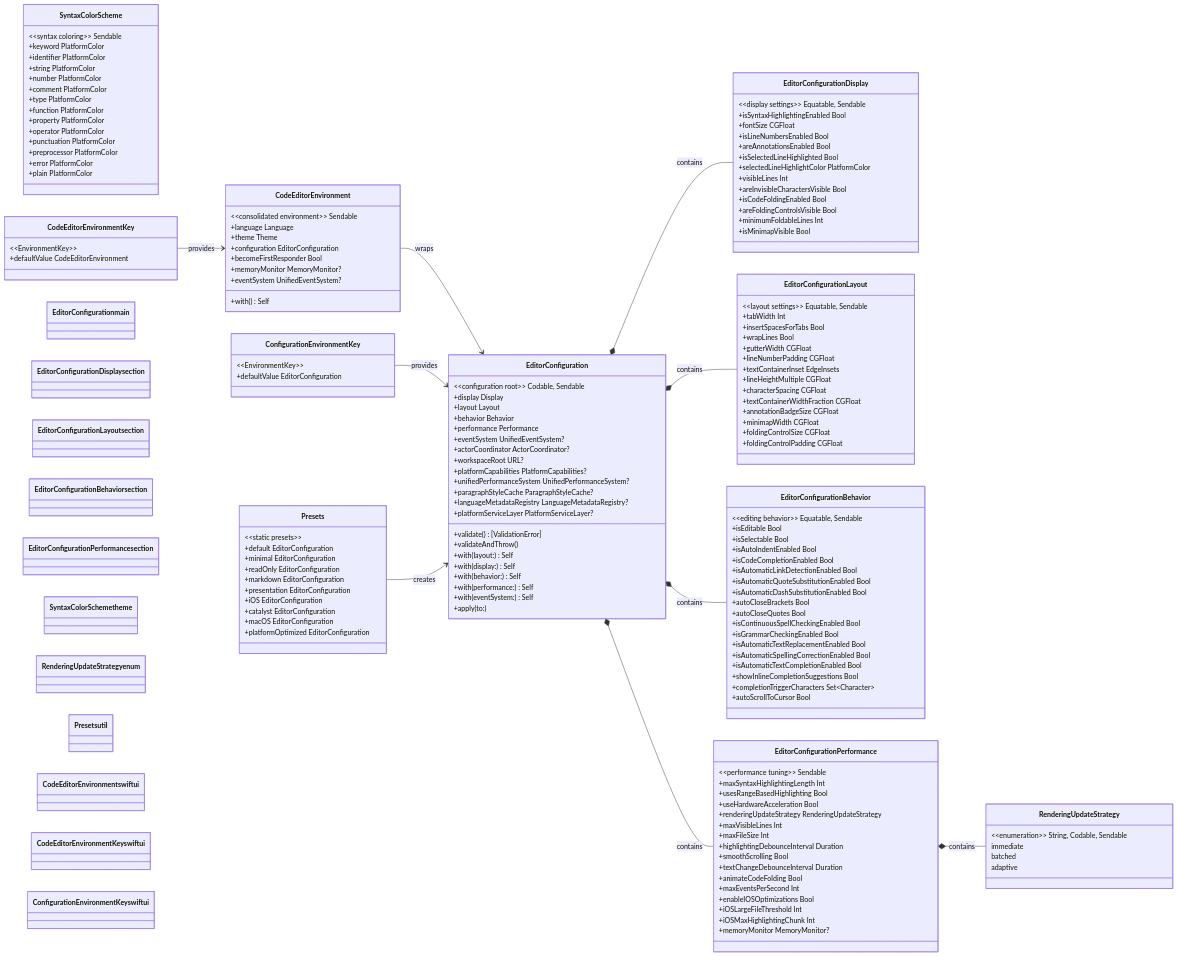
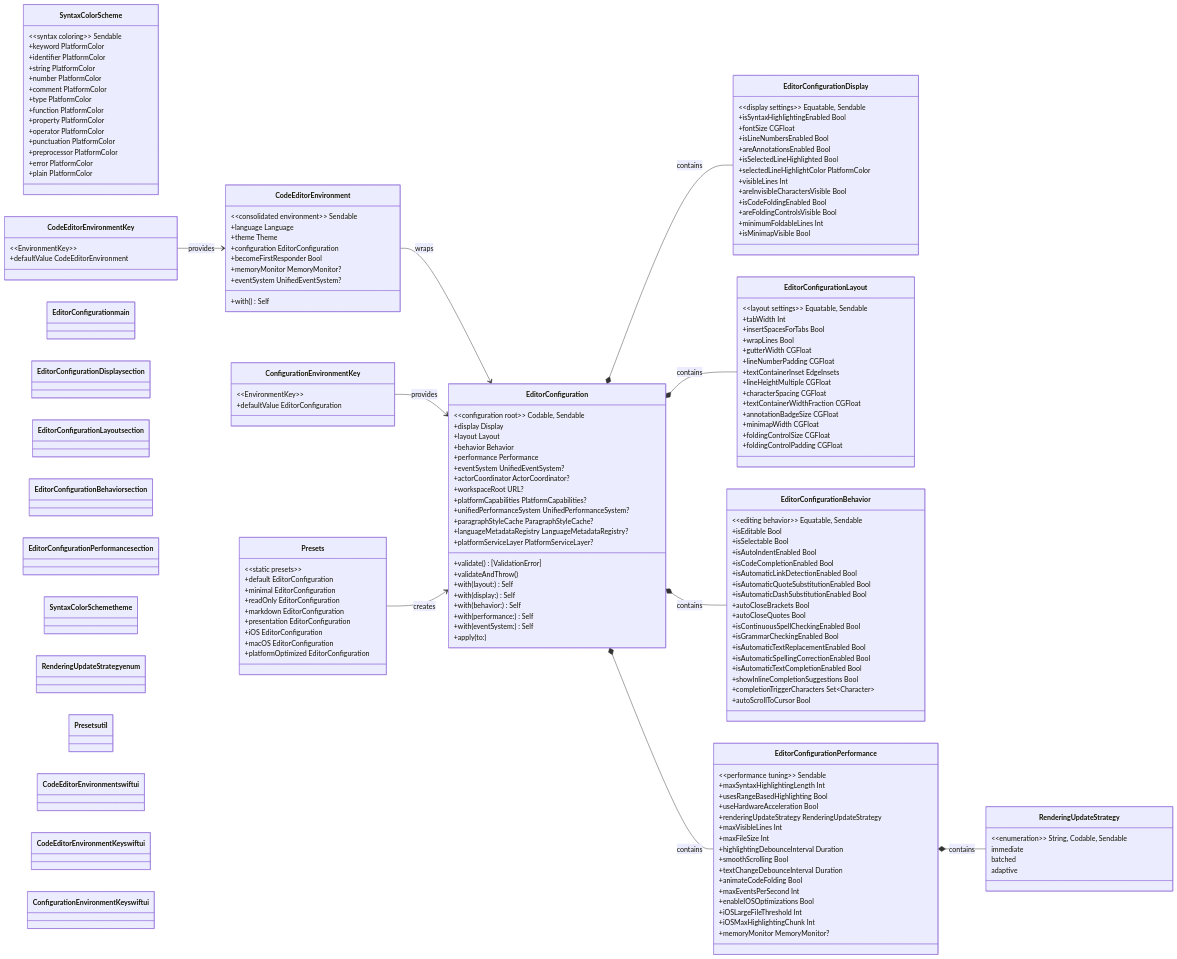
The diagram in docs/Diagrams/03-configuration-system.md (ajmcclary/CodeEditorKit), drawn with Mermaid before and after one commit. The commit also changed other lines of this file and 285 other files, not shown here.

```diff
--- a/docs/Diagrams/03-configuration-system.md
+++ b/docs/Diagrams/03-configuration-system.md
@@ -161,7 +161,6 @@
         +markdown EditorConfiguration
         +presentation EditorConfiguration
         +iOS EditorConfiguration
-        +catalyst EditorConfiguration
         +macOS EditorConfiguration
         +platformOptimized EditorConfiguration
     }
```
